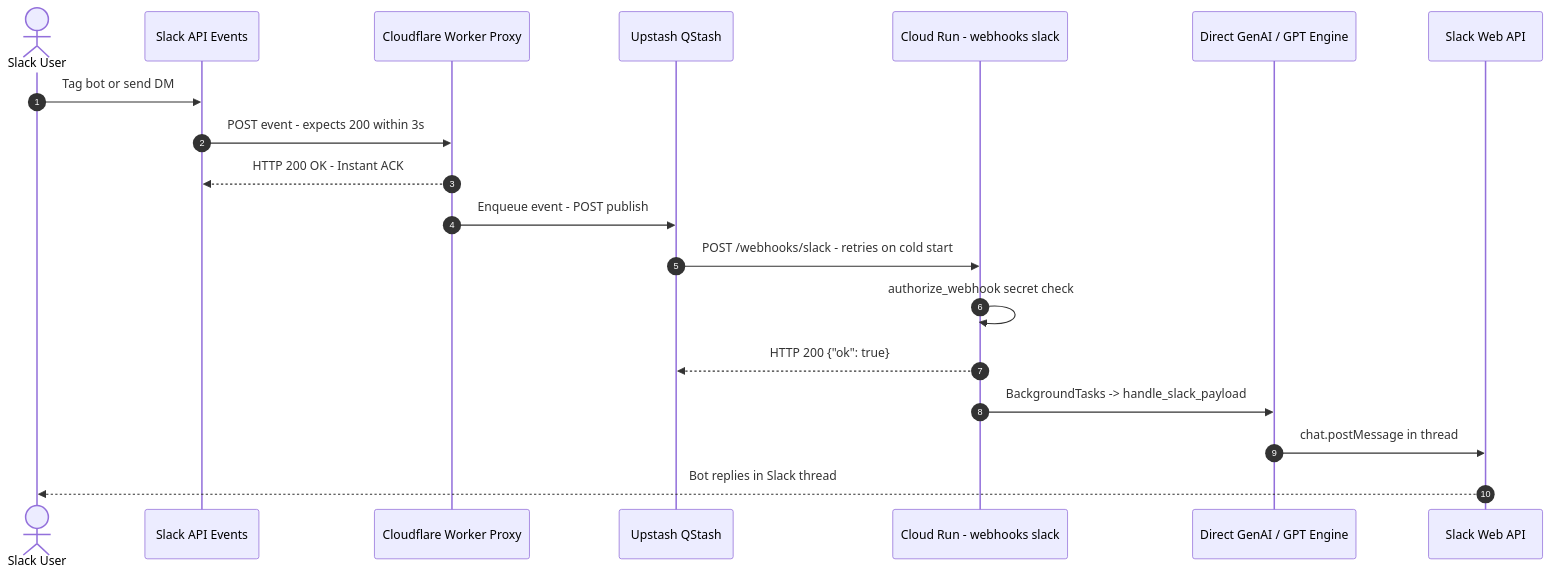
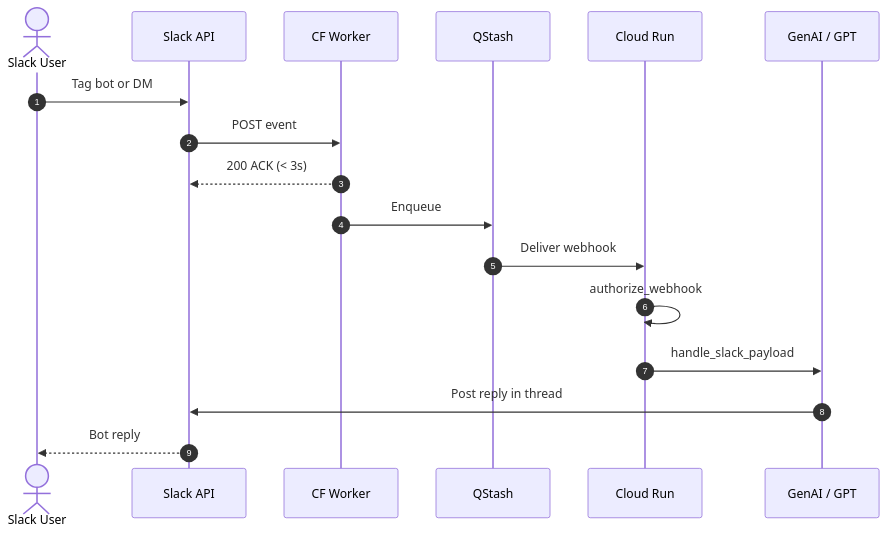
The diagram in docs/slack.mdx (AmritSDutta/Aryhant), drawn with Mermaid before and after one commit. The commit also changed 11 other files, not shown here.

````diff
--- a/docs/slack.mdx
+++ b/docs/slack.mdx
@@ -42,21 +42,19 @@
 ```mermaid
 sequenceDiagram
   autonumber
   actor User as Slack User
-  participant Slack as Slack API Events
-  participant CF as Cloudflare Worker Proxy
-  participant QStash as Upstash QStash
-  participant Run as Cloud Run - webhooks slack
-  participant Engine as Direct GenAI / GPT Engine
-  participant SlackAPI as Slack Web API
-  User->>Slack: Tag bot or send DM
-  Slack->>CF: POST event - expects 200 within 3s
-  CF-->>Slack: HTTP 200 OK - Instant ACK
-  CF->>QStash: Enqueue event - POST publish
-  QStash->>Run: POST /webhooks/slack - retries on cold start
-  Run->>Run: authorize_webhook secret check
-  Run-->>QStash: HTTP 200 {"ok": true}
-  Run->>Engine: BackgroundTasks -> handle_slack_payload
-  Engine->>SlackAPI: chat.postMessage in thread
-  SlackAPI-->>User: Bot replies in Slack thread
+  participant Slack as Slack API
+  participant CF as CF Worker
+  participant QStash as QStash
+  participant Run as Cloud Run
+  participant Engine as GenAI / GPT
+  User->>Slack: Tag bot or DM
+  Slack->>CF: POST event
+  CF-->>Slack: 200 ACK (< 3s)
+  CF->>QStash: Enqueue
+  QStash->>Run: Deliver webhook
+  Run->>Run: authorize_webhook
+  Run->>Engine: handle_slack_payload
+  Engine->>Slack: Post reply in thread
+  Slack-->>User: Bot reply
 ```
````
